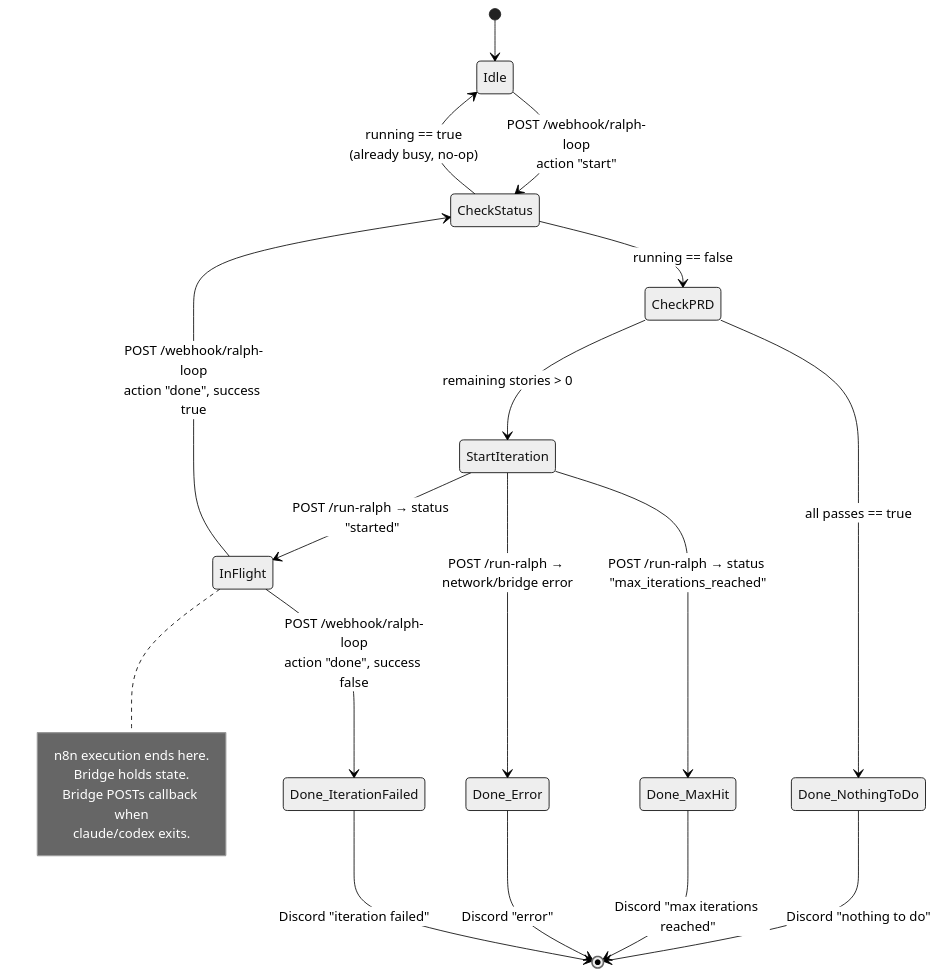
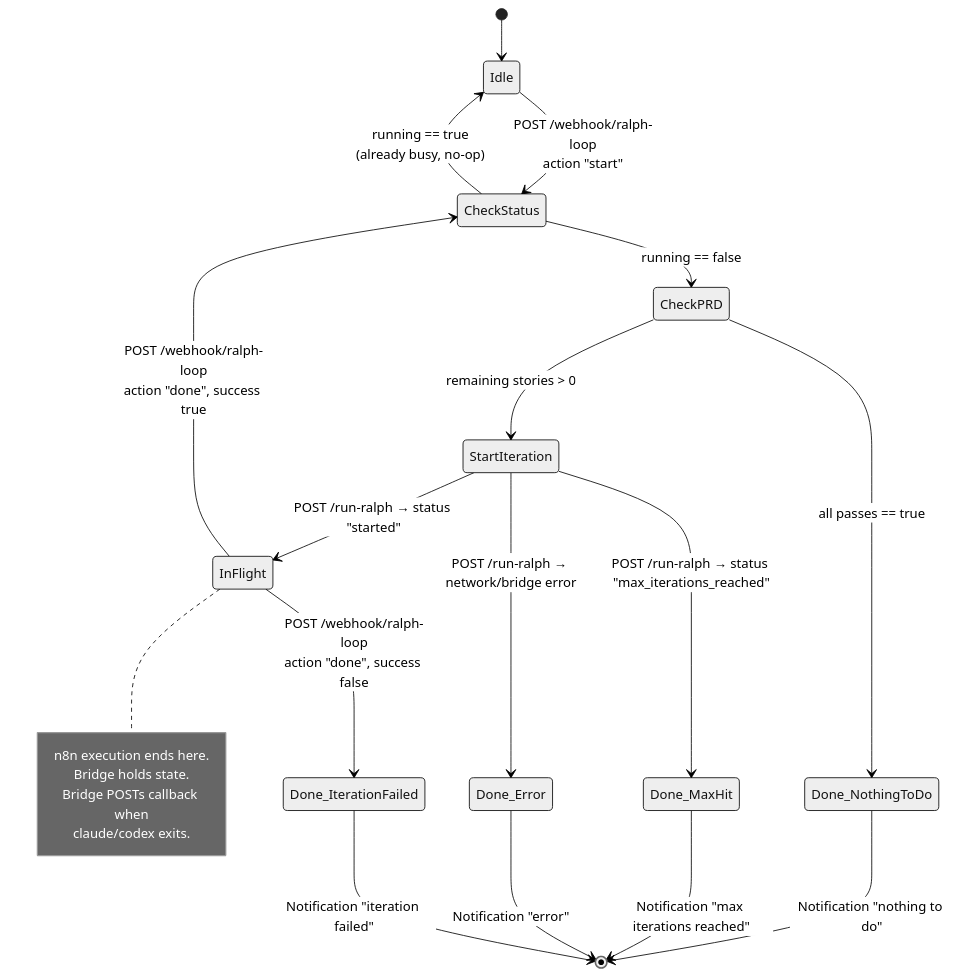
Before and after one commit to NNTin/gsnake-specs: the third of 8 diagrams in ralph-loop/architecture.md, drawn with Mermaid (neutral theme). The commit also changed other lines of this file, not shown here.

Commit message:
separated from ralph flow notification layer

````diff
--- a/ralph-loop/architecture.md
+++ b/ralph-loop/architecture.md
@@ -114,32 +116,32 @@
 ```mermaid
 stateDiagram-v2
     [*] --> Idle
 
     Idle --> CheckStatus : POST /webhook/ralph-loop<br>action "start"
     CheckStatus --> Idle : running == true<br>(already busy, no-op)
     CheckStatus --> CheckPRD : running == false
 
     CheckPRD --> Done_NothingToDo : all passes == true
     CheckPRD --> StartIteration : remaining stories > 0
 
-    Done_NothingToDo --> [*] : Discord "nothing to do"
+    Done_NothingToDo --> [*] : Notification "nothing to do"
 
     StartIteration --> InFlight : POST /run-ralph → status "started"
     StartIteration --> Done_MaxHit : POST /run-ralph → status "max_iterations_reached"
     StartIteration --> Done_Error : POST /run-ralph → network/bridge error
 
-    Done_MaxHit --> [*] : Discord "max iterations reached"
-    Done_Error --> [*] : Discord "error"
+    Done_MaxHit --> [*] : Notification "max iterations reached"
+    Done_Error --> [*] : Notification "error"
 
     InFlight --> CheckStatus : POST /webhook/ralph-loop<br>action "done", success true
     InFlight --> Done_IterationFailed : POST /webhook/ralph-loop<br>action "done", success false
 
-    Done_IterationFailed --> [*] : Discord "iteration failed"
+    Done_IterationFailed --> [*] : Notification "iteration failed"
 
     note right of InFlight
         n8n execution ends here.
         Bridge holds state.
         Bridge POSTs callback when
         claude/codex exits.
     end note
 ```
````
